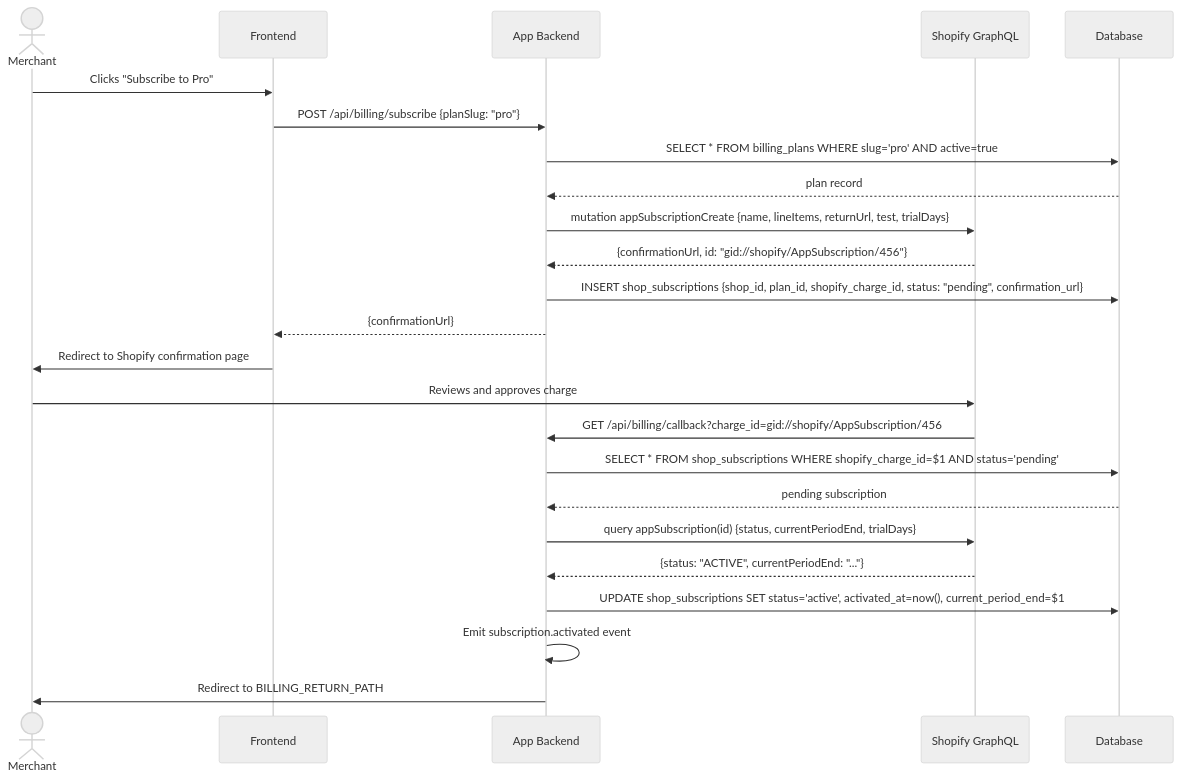
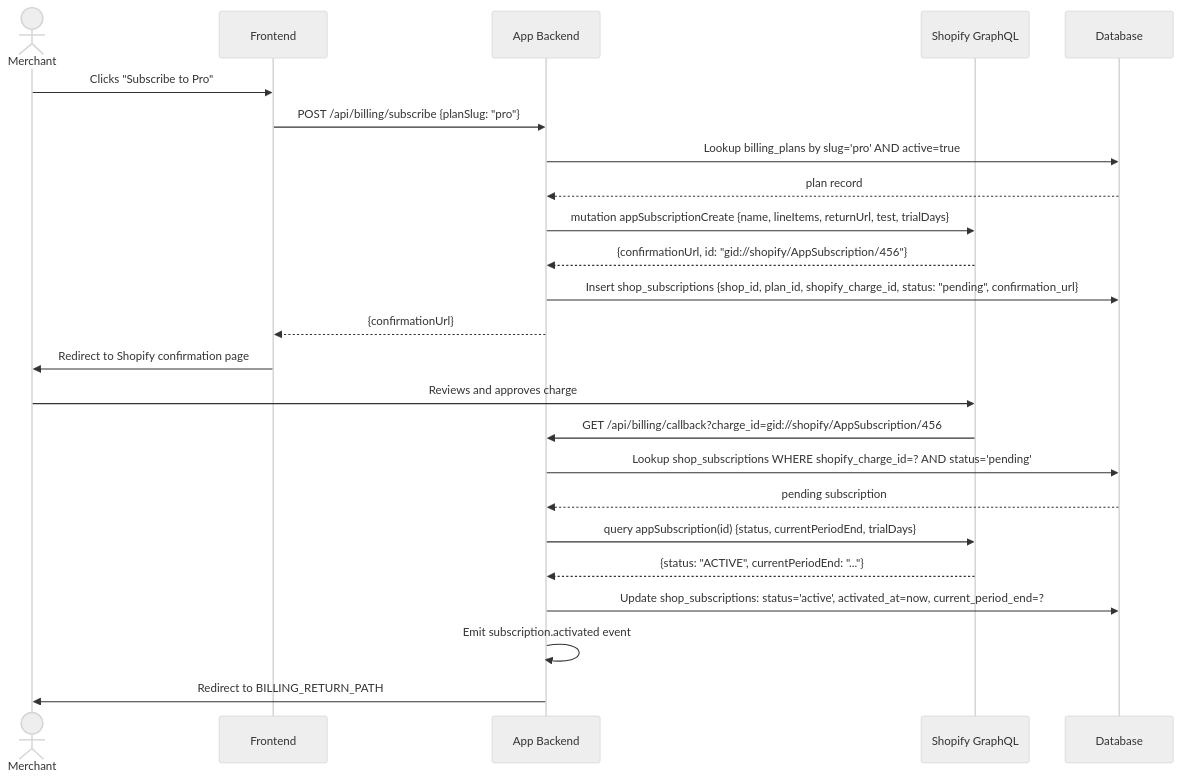
One commit to nguyenvanduocit/primitive-blocks-specs changed the third of 7 diagrams in billing/shopify-charges/README.md. Above: the diagram before and after it, drawn with Mermaid (neutral theme). The commit also changed other lines of this file and 28 other files, not shown here.

````diff
--- a/billing/shopify-charges/README.md
+++ b/billing/shopify-charges/README.md
@@ -246,27 +284,27 @@
 ```mermaid
 sequenceDiagram
     actor M as Merchant
     participant F as Frontend
     participant A as App Backend
     participant S as Shopify GraphQL
     participant DB as Database
 
     M->>F: Clicks "Subscribe to Pro"
     F->>A: POST /api/billing/subscribe {planSlug: "pro"}
-    A->>DB: SELECT * FROM billing_plans WHERE slug='pro' AND active=true
+    A->>DB: Lookup billing_plans by slug='pro' AND active=true
     DB-->>A: plan record
     A->>S: mutation appSubscriptionCreate {name, lineItems, returnUrl, test, trialDays}
     S-->>A: {confirmationUrl, id: "gid://shopify/AppSubscription/456"}
-    A->>DB: INSERT shop_subscriptions {shop_id, plan_id, shopify_charge_id, status: "pending", confirmation_url}
+    A->>DB: Insert shop_subscriptions {shop_id, plan_id, shopify_charge_id, status: "pending", confirmation_url}
     A-->>F: {confirmationUrl}
     F->>M: Redirect to Shopify confirmation page
     M->>S: Reviews and approves charge
     S->>A: GET /api/billing/callback?charge_id=gid://shopify/AppSubscription/456
-    A->>DB: SELECT * FROM shop_subscriptions WHERE shopify_charge_id=$1 AND status='pending'
+    A->>DB: Lookup shop_subscriptions WHERE shopify_charge_id=? AND status='pending'
     DB-->>A: pending subscription
     A->>S: query appSubscription(id) {status, currentPeriodEnd, trialDays}
     S-->>A: {status: "ACTIVE", currentPeriodEnd: "..."}
-    A->>DB: UPDATE shop_subscriptions SET status='active', activated_at=now(), current_period_end=$1
+    A->>DB: Update shop_subscriptions: status='active', activated_at=now, current_period_end=?
     A->>A: Emit subscription.activated event
     A->>M: Redirect to BILLING_RETURN_PATH
 ```
````
